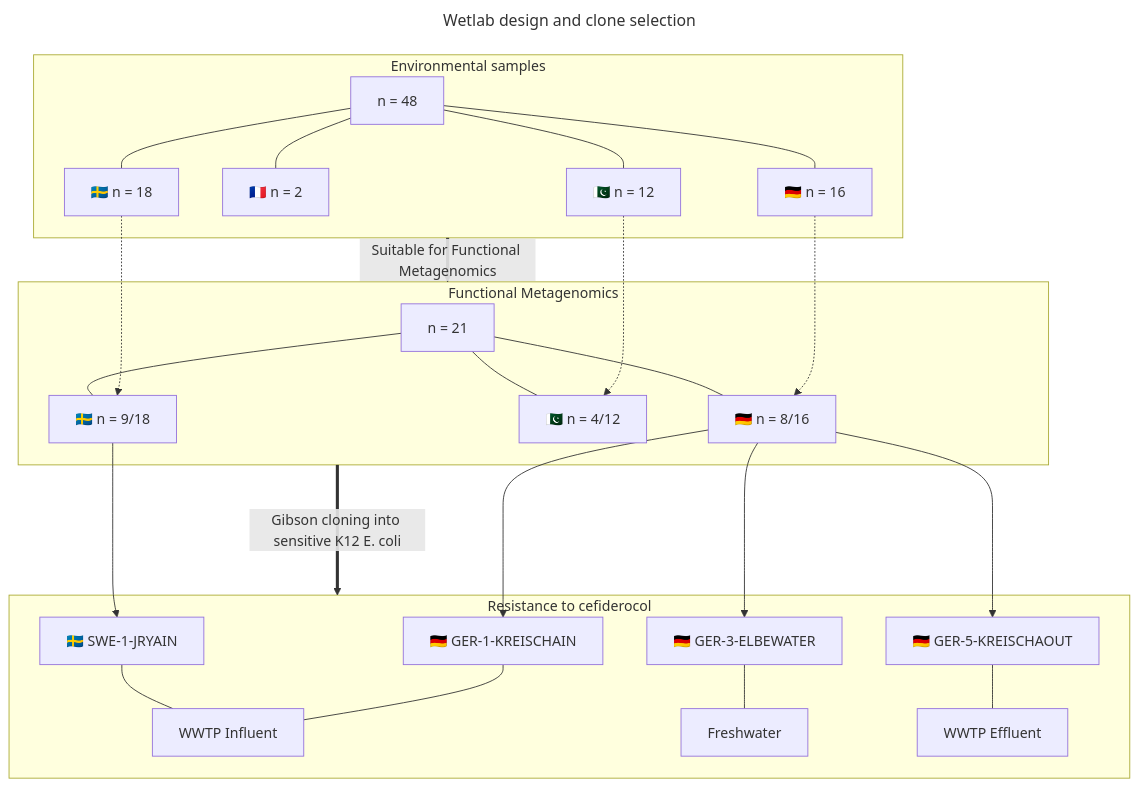
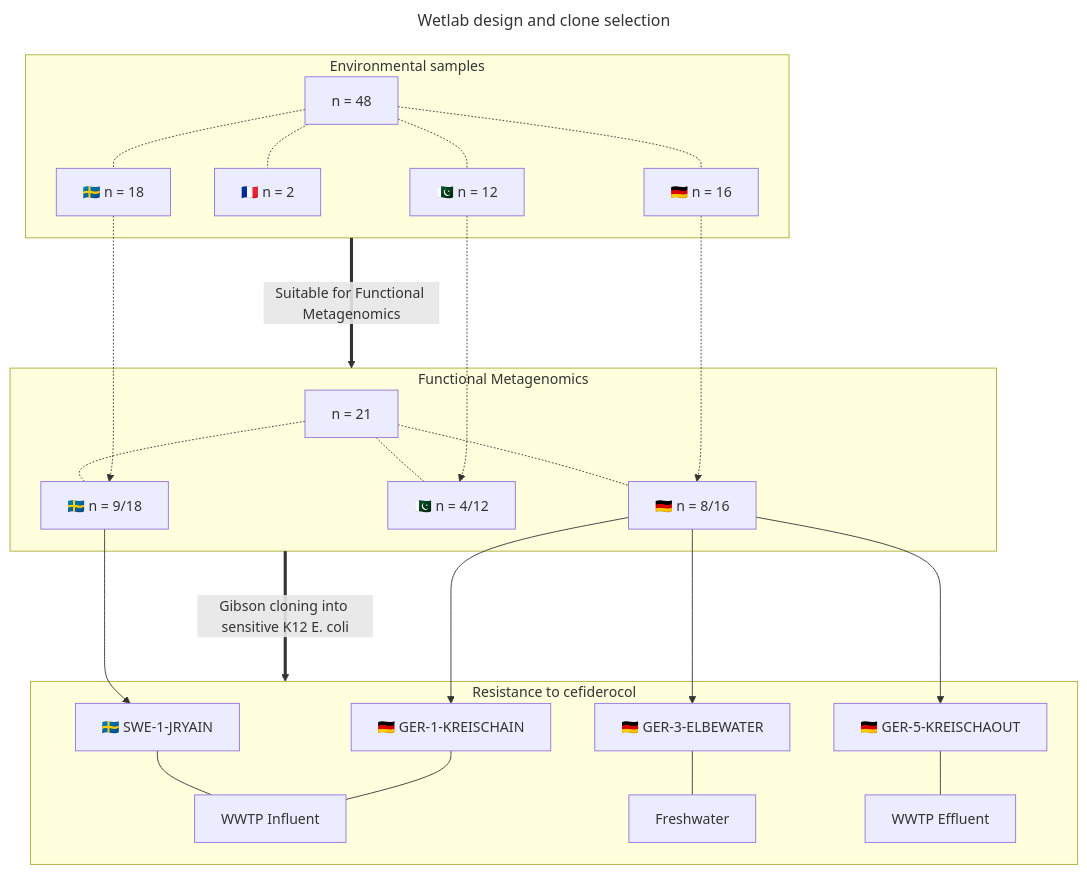
One commit to RemiGSC/Mgf_FDC changed the first of 2 diagrams in README.md. Above: the diagram before and after it, drawn with Mermaid.

````diff
--- a/README.md
+++ b/README.md
@@ -7,39 +7,39 @@
 ```mermaid
 ---
 title: Wetlab design and clone selection
 ---
 flowchart TD
 	subgraph ev [Environmental samples]
-		A[n = 48] --- A1[🇸🇪 n = 18]
-		A --- A2[🇫🇷 n = 2]
-		A --- A3[🇩🇪 n = 16]
-		A --- A4[🇵🇰 n = 12]
+		A[n = 48] -.- A1[🇸🇪 n = 18]
+		A -.- A2[🇫🇷 n = 2]
+		A -.- A3[🇩🇪 n = 16]
+		A -.- A4[🇵🇰 n = 12]
 	end
 
 	subgraph fmg [Functional Metagenomics]
-		B[n = 21] --- B1[🇸🇪 n = 9/18]
-		B --- B3[🇩🇪 n = 8/16]
-		B --- B4[🇵🇰 n = 4/12]
+		B[n = 21] -.- B1[🇸🇪 n = 9/18]
+		B -.- B3[🇩🇪 n = 8/16]
+		B -.- B4[🇵🇰 n = 4/12]
 	end
 
 	subgraph Rcef [Resistance to cefiderocol]
 			C1[🇸🇪 SWE-1-JRYAIN] --- WWIN[WWTP Influent]
 			C3a[🇩🇪 GER-1-KREISCHAIN] --- WWIN[WWTP Influent]
 			C3b[🇩🇪 GER-3-ELBEWATER] --- Fresh[Freshwater]
 			C3c[🇩🇪 GER-5-KREISCHAOUT] --- WWEF[WWTP Effluent]
 	end
 
 
 ev ==>|Suitable for Functional Metagenomics| fmg
 
 fmg ==>|Gibson cloning into sensitive K12 E. coli| Rcef
 
-A1 -..-> B1
-A3 -..-> B3
-A4 -..-> B4
+A1 -...-> B1
+A3 -...-> B3
+A4 -...-> B4
 
 B1 ---> C1
 B3 ---> C3a
 B3 ---> C3b
 B3 ---> C3c
 ```
````
